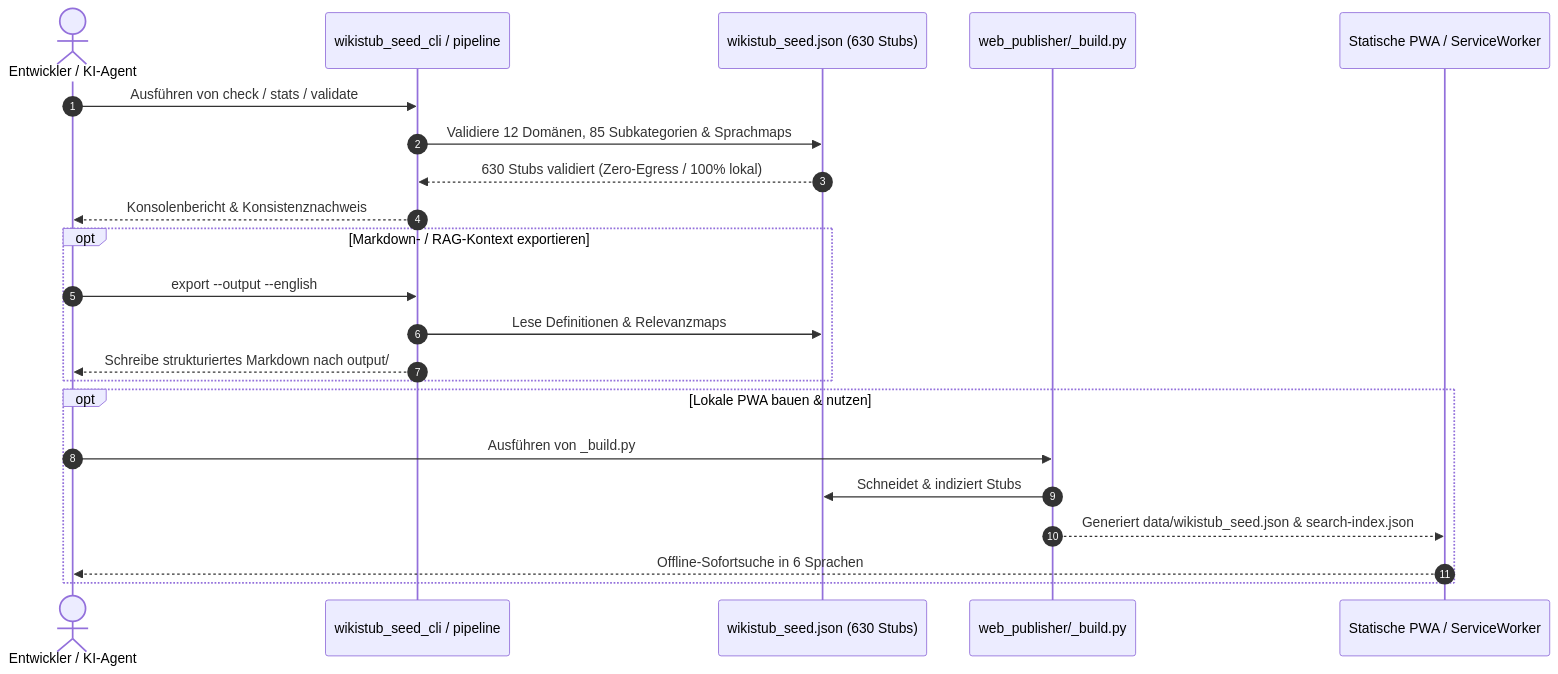
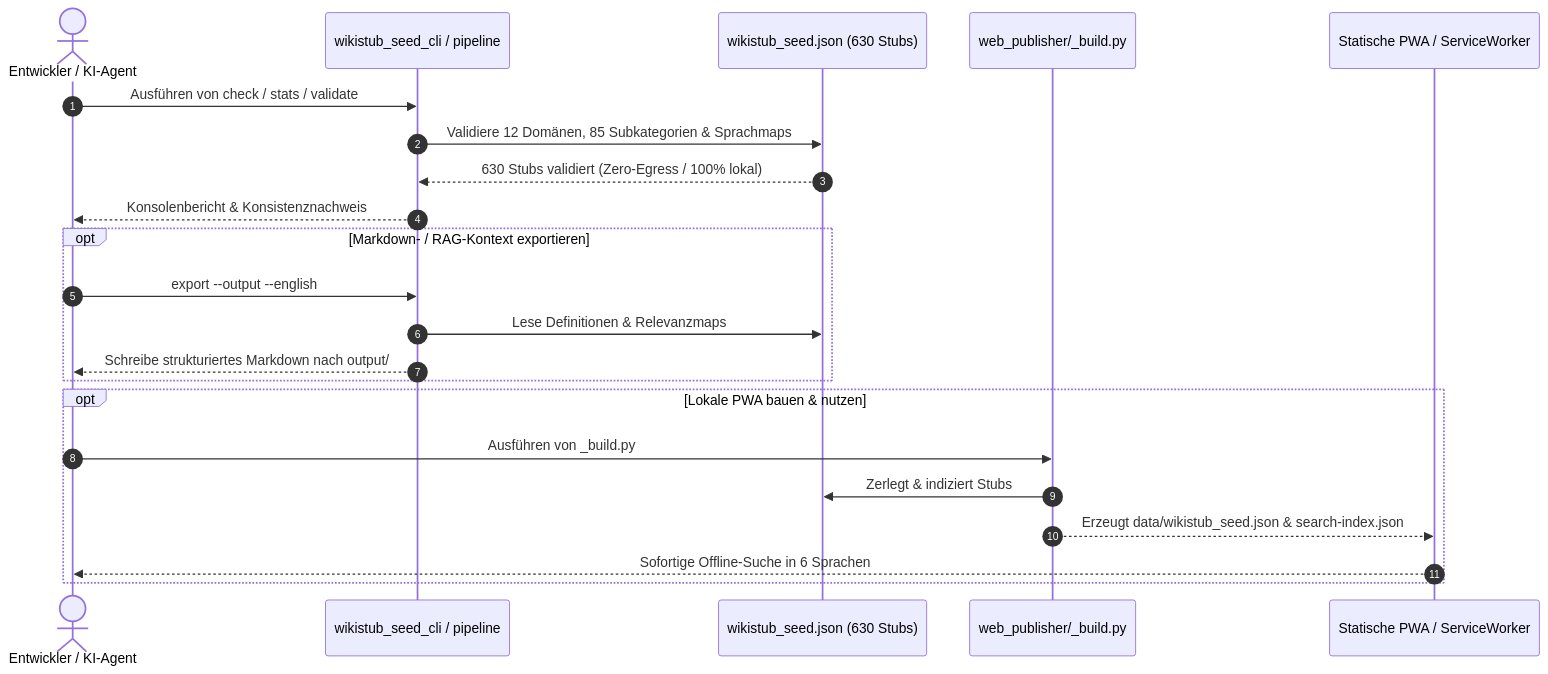
The second of 2 diagrams in README_de.md (dev-bricks/WikiStub-Seed), drawn with Mermaid before and after one commit. The commit also changed other lines of this file and 8 other files, not shown here.

````diff
--- a/README_de.md
+++ b/README_de.md
@@ -100,27 +120,27 @@
 ```mermaid
 sequenceDiagram
     autonumber
     actor User as Entwickler / KI-Agent
     participant CLI as wikistub_seed_cli / pipeline
     participant Data as wikistub_seed.json (630 Stubs)
     participant Builder as web_publisher/_build.py
     participant PWA as Statische PWA / ServiceWorker
     
     User->>CLI: Ausführen von check / stats / validate
     CLI->>Data: Validiere 12 Domänen, 85 Subkategorien & Sprachmaps
     Data-->>CLI: 630 Stubs validiert (Zero-Egress / 100% lokal)
     CLI-->>User: Konsolenbericht & Konsistenznachweis
     
     opt Markdown- / RAG-Kontext exportieren
         User->>CLI: export --output --english
         CLI->>Data: Lese Definitionen & Relevanzmaps
         CLI-->>User: Schreibe strukturiertes Markdown nach output/
     end
     
     opt Lokale PWA bauen & nutzen
         User->>Builder: Ausführen von _build.py
-        Builder->>Data: Schneidet & indiziert Stubs
-        Builder-->>PWA: Generiert data/wikistub_seed.json & search-index.json
-        PWA-->>User: Offline-Sofortsuche in 6 Sprachen
+        Builder->>Data: Zerlegt & indiziert Stubs
+        Builder-->>PWA: Erzeugt data/wikistub_seed.json & search-index.json
+        PWA-->>User: Sofortige Offline-Suche in 6 Sprachen
     end
 ```
````
